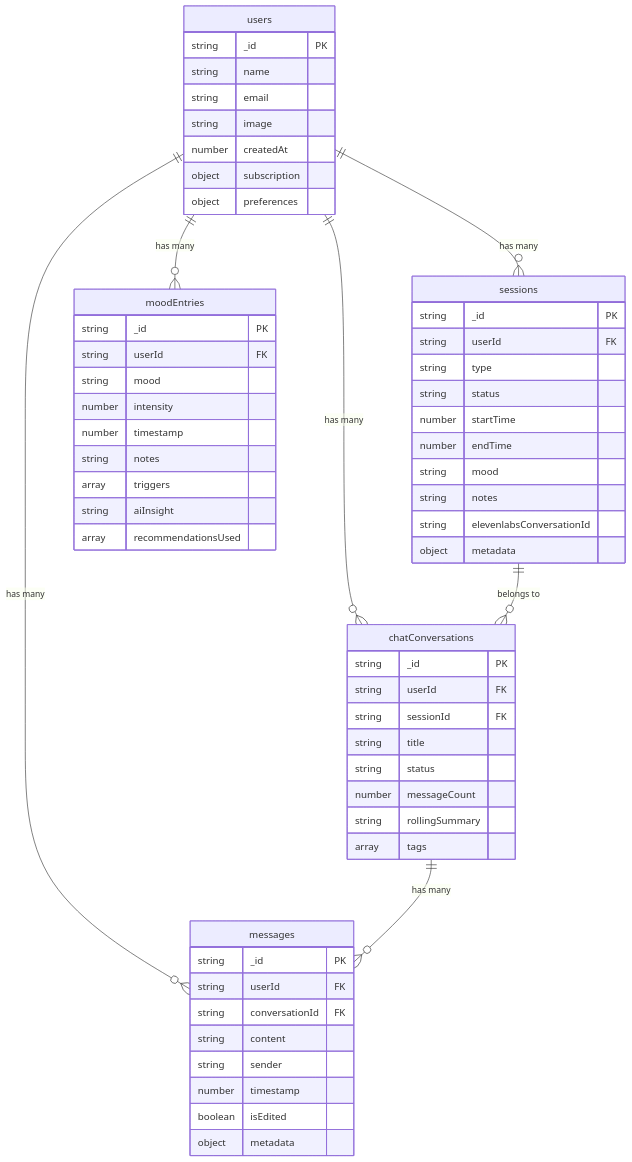
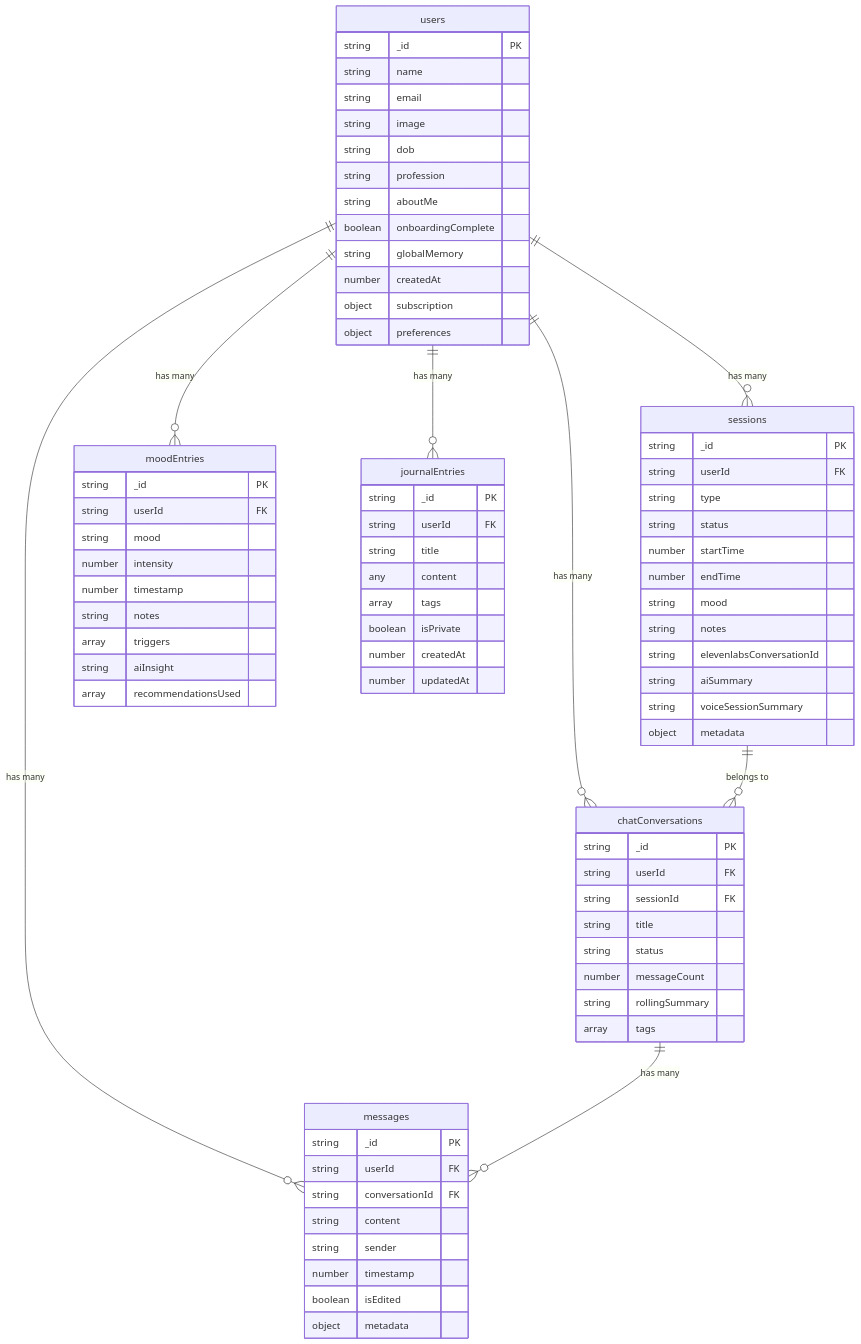
One commit to ItsRudraksh/mindfulai changed the fifth of 5 diagrams in README.md. Above: the diagram before and after it, drawn with Mermaid. The commit also changed other lines of this file, not shown here.

````diff
--- a/README.md
+++ b/README.md
@@ -225,6 +300,11 @@
         string name
         string email
         string image
+        string dob
+        string profession
+        string aboutMe
+        boolean onboardingComplete
+        string globalMemory
         number createdAt
         object subscription
         object preferences
@@ -240,6 +320,8 @@
         string mood
         string notes
         string elevenlabsConversationId
+        string aiSummary
+        string voiceSessionSummary
         object metadata
     }
 
@@ -277,10 +359,22 @@
         array recommendationsUsed
     }
 
+    journalEntries {
+        string _id PK
+        string userId FK
+        string title
+        any content
+        array tags
+        boolean isPrivate
+        number createdAt
+        number updatedAt
+    }
+
     users ||--o{ sessions : "has many"
     users ||--o{ chatConversations : "has many"
     users ||--o{ messages : "has many"
     users ||--o{ moodEntries : "has many"
+    users ||--o{ journalEntries : "has many"
     sessions ||--o{ chatConversations : "belongs to"
     chatConversations ||--o{ messages : "has many"
 ```
````
